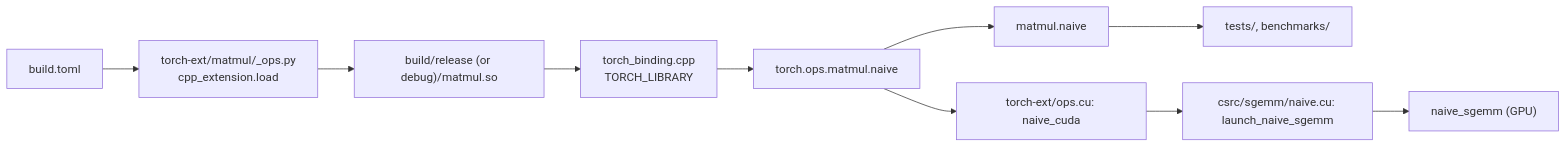
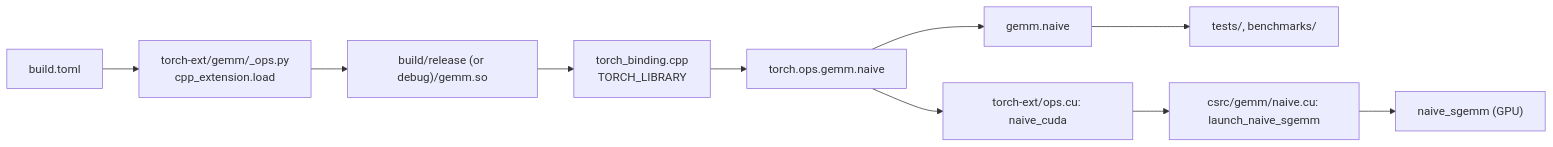
The diagram in README.md (knotgrass/SuperCuda), drawn with Mermaid before and after one commit. The commit also changed other lines of this file and 17 other files, not shown here.

First line of the commit message:
gemm: rename csrc/sgemm and the matmul extension to gemm

````diff
--- a/README.md
+++ b/README.md
@@ -44,12 +44,12 @@
 ```mermaid
 flowchart LR
-    T[build.toml] --> O["torch-ext/matmul/_ops.py<br/>cpp_extension.load"]
-    O --> S["build/release (or debug)/matmul.so"]
+    T[build.toml] --> O["torch-ext/gemm/_ops.py<br/>cpp_extension.load"]
+    O --> S["build/release (or debug)/gemm.so"]
     S --> R["torch_binding.cpp<br/>TORCH_LIBRARY"]
-    R --> N[torch.ops.matmul.naive]
-    N --> W[matmul.naive]
+    R --> N[torch.ops.gemm.naive]
+    N --> W[gemm.naive]
     W --> X[tests/, benchmarks/]
     N --> P["torch-ext/ops.cu: naive_cuda"]
-    P --> L["csrc/sgemm/naive.cu: launch_naive_sgemm"]
+    P --> L["csrc/gemm/naive.cu: launch_naive_sgemm"]
     L --> K["naive_sgemm (GPU)"]
 ```
````
